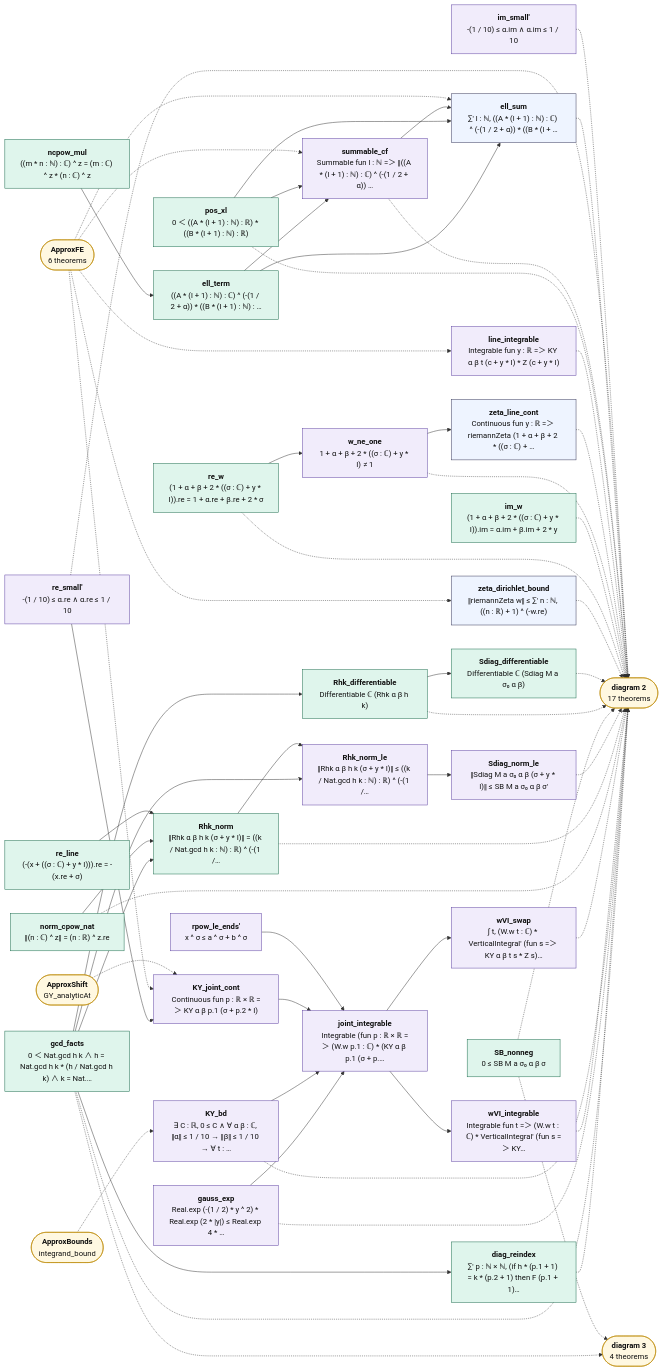
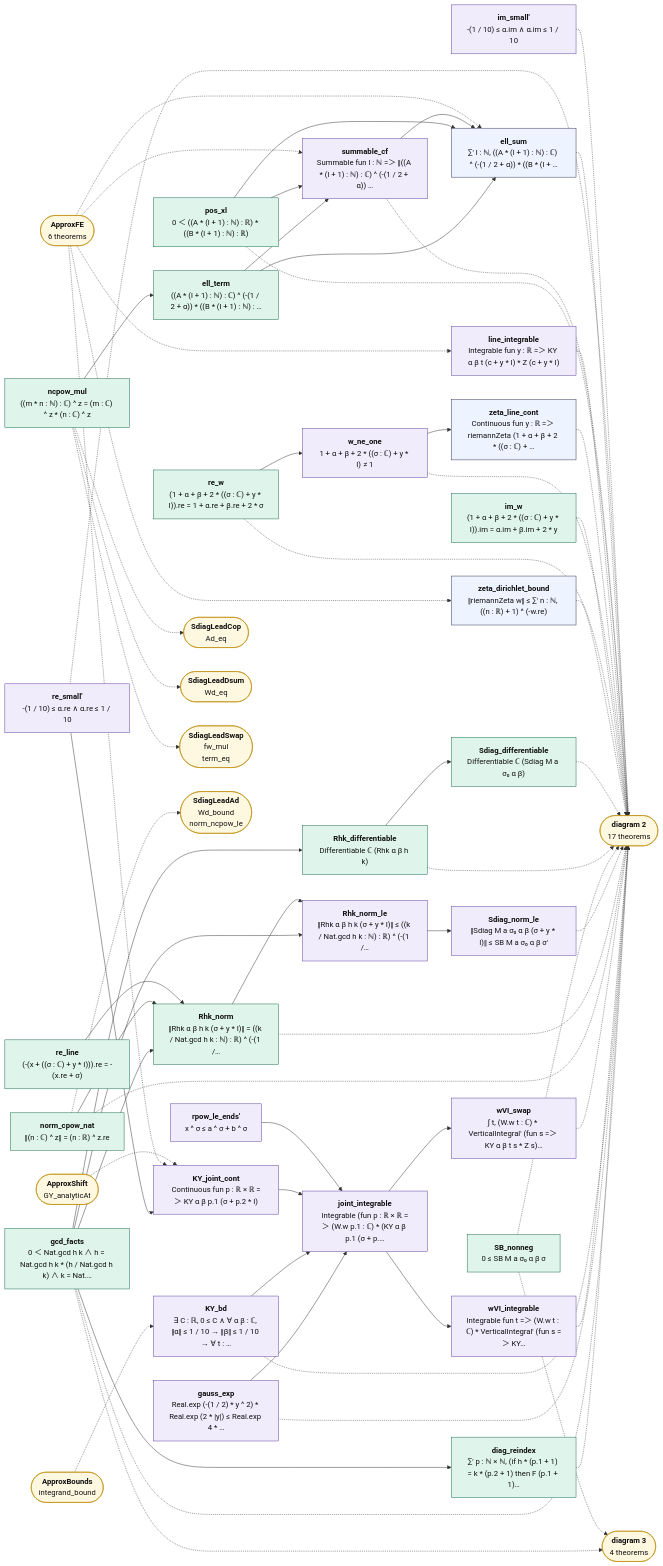
One commit to juliansambranojr/Primebeat_081426 changed the diagram in map/lean_stage3/Diagonal.1.mmd. Above: the diagram before and after it, drawn with Mermaid. The commit also changed 35 other files, not shown here.

```diff
--- a/map/lean_stage3/Diagonal.1.mmd
+++ b/map/lean_stage3/Diagonal.1.mmd
@@ -1,100 +1,108 @@
 flowchart LR
   n0["<b>gcd_facts</b><br/>0 ＜ Nat.gcd h k ∧ h = Nat.gcd h k * (h / Nat.gcd h k) ∧ k = Nat.…"]:::cnt
   n1["<b>diag_reindex</b><br/>∑' p : ℕ × ℕ, (if h * (p.1 + 1) = k * (p.2 + 1) then F (p.1 + 1)…"]:::cnt
   n2["<b>ncpow_mul</b><br/>((m * n : ℕ) : ℂ) ^ z = (m : ℂ) ^ z * (n : ℂ) ^ z"]:::cnt
   n3["<b>ell_term</b><br/>((A * (l + 1) : ℕ) : ℂ) ^ (-(1 / 2 + α)) * ((B * (l + 1) : ℕ) : …"]:::cnt
   n4["<b>pos_xl</b><br/>0 ＜ ((A * (l + 1) : ℕ) : ℝ) * ((B * (l + 1) : ℕ) : ℝ)"]:::cnt
   n5["<b>summable_cf</b><br/>Summable fun l : ℕ =＞ ‖((A * (l + 1) : ℕ) : ℂ) ^ (-(1 / 2 + α)) …"]:::shp
   n6["<b>ell_sum</b><br/>∑' l : ℕ, ((A * (l + 1) : ℕ) : ℂ) ^ (-(1 / 2 + α)) * ((B * (l + …"]:::thm
   n7["<b>re_small'</b><br/>-(1 / 10) ≤ α.re ∧ α.re ≤ 1 / 10"]:::shp
   n8["<b>im_small'</b><br/>-(1 / 10) ≤ α.im ∧ α.im ≤ 1 / 10"]:::shp
   n9["<b>rpow_le_ends'</b><br/>x ^ σ ≤ a ^ σ + b ^ σ"]:::shp
   n10["<b>gauss_exp</b><br/>Real.exp (-(1 / 2) * y ^ 2) * Real.exp (2 * |y|) ≤ Real.exp 4 * …"]:::shp
   n11["<b>KY_bd</b><br/>∃ C : ℝ, 0 ≤ C ∧ ∀ α β : ℂ, ‖α‖ ≤ 1 / 10 → ‖β‖ ≤ 1 / 10 → ∀ t : …"]:::shp
   n12["<b>KY_joint_cont</b><br/>Continuous fun p : ℝ × ℝ =＞ KY α β p.1 (σ + p.2 * I)"]:::shp
   n13["<b>joint_integrable</b><br/>Integrable (fun p : ℝ × ℝ =＞ (W.w p.1 : ℂ) * (KY α β p.1 (σ + p.…"]:::shp
   n14["<b>wVI_integrable</b><br/>Integrable fun t =＞ (W.w t : ℂ) * VerticalIntegral' (fun s =＞ KY…"]:::shp
   n15["<b>wVI_swap</b><br/>∫ t, (W.w t : ℂ) * VerticalIntegral' (fun s =＞ KY α β t s * Z s)…"]:::shp
   n16["<b>norm_cpow_nat</b><br/>‖(n : ℂ) ^ z‖ = (n : ℝ) ^ z.re"]:::cnt
   n17["<b>re_line</b><br/>(-(x + ((σ : ℂ) + y * I))).re = -(x.re + σ)"]:::cnt
   n18["<b>Rhk_norm</b><br/>‖Rhk α β h k (σ + y * I)‖ = ((k / Nat.gcd h k : ℕ) : ℝ) ^ (-(1 /…"]:::cnt
   n19["<b>Rhk_norm_le</b><br/>‖Rhk α β h k (σ + y * I)‖ ≤ ((k / Nat.gcd h k : ℕ) : ℝ) ^ (-(1 /…"]:::shp
   n20["<b>Sdiag_norm_le</b><br/>‖Sdiag M a σ₀ α β (σ + y * I)‖ ≤ SB M a σ₀ α β σ'"]:::shp
   n21["<b>SB_nonneg</b><br/>0 ≤ SB M a σ₀ α β σ"]:::cnt
   n22["<b>Rhk_differentiable</b><br/>Differentiable ℂ (Rhk α β h k)"]:::cnt
   n23["<b>Sdiag_differentiable</b><br/>Differentiable ℂ (Sdiag M a σ₀ α β)"]:::cnt
   n24["<b>zeta_dirichlet_bound</b><br/>‖riemannZeta w‖ ≤ ∑' n : ℕ, ((n : ℝ) + 1) ^ (-w.re)"]:::thm
   n25["<b>re_w</b><br/>(1 + α + β + 2 * ((σ : ℂ) + y * I)).re = 1 + α.re + β.re + 2 * σ"]:::cnt
   n26["<b>im_w</b><br/>(1 + α + β + 2 * ((σ : ℂ) + y * I)).im = α.im + β.im + 2 * y"]:::cnt
   n27["<b>w_ne_one</b><br/>1 + α + β + 2 * ((σ : ℂ) + y * I) ≠ 1"]:::shp
   n28["<b>zeta_line_cont</b><br/>Continuous fun y : ℝ =＞ riemannZeta (1 + α + β + 2 * ((σ : ℂ) + …"]:::thm
   n29["<b>line_integrable</b><br/>Integrable fun y : ℝ =＞ KY α β t (c + y * I) * Z (c + y * I)"]:::shp
   x0(["<b>diagram 3</b><br/>4 theorems"]):::ext
   x1(["<b>diagram 2</b><br/>17 theorems"]):::ext
-  x2(["<b>ApproxFE</b><br/>6 theorems"]):::ext
-  x3(["<b>ApproxBounds</b><br/>integrand_bound"]):::ext
-  x4(["<b>ApproxShift</b><br/>GY_analyticAt"]):::ext
+  x2(["<b>SdiagLeadCop</b><br/>Ad_eq"]):::ext
+  x3(["<b>SdiagLeadDsum</b><br/>Wd_eq"]):::ext
+  x4(["<b>SdiagLeadSwap</b><br/>fw_mul<br/>term_eq"]):::ext
+  x5(["<b>ApproxFE</b><br/>6 theorems"]):::ext
+  x6(["<b>ApproxBounds</b><br/>integrand_bound"]):::ext
+  x7(["<b>ApproxShift</b><br/>GY_analyticAt"]):::ext
+  x8(["<b>SdiagLeadAd</b><br/>Wd_bound<br/>norm_ncpow_le"]):::ext
   n0 --> n1
   n0 --> n18
   n0 --> n19
   n0 --> n22
   n10 --> n13
   n11 --> n13
   n12 --> n13
   n13 --> n14
   n13 --> n15
   n16 --> n18
   n17 --> n18
   n18 --> n19
   n19 --> n20
   n2 --> n3
   n22 --> n23
   n25 --> n27
   n27 --> n28
   n3 --> n5
   n3 --> n6
   n4 --> n5
   n4 --> n6
   n5 --> n6
   n7 --> n12
   n9 --> n13
   n0 -.-> x0
   n0 -.-> x1
   n1 -.-> x1
   n10 -.-> x1
   n11 -.-> x1
   n14 -.-> x1
   n15 -.-> x1
   n16 -.-> x1
+  n16 -.-> x8
   n18 -.-> x1
+  n2 -.-> x2
+  n2 -.-> x3
+  n2 -.-> x4
   n20 -.-> x1
   n21 -.-> x0
   n21 -.-> x1
   n22 -.-> x1
   n23 -.-> x1
   n24 -.-> x1
   n25 -.-> x1
   n26 -.-> x1
   n27 -.-> x1
   n28 -.-> x1
   n29 -.-> x1
   n4 -.-> x1
   n5 -.-> x1
   n6 -.-> x1
   n7 -.-> x1
   n8 -.-> x1
-  x2 -.-> n12
-  x2 -.-> n24
-  x2 -.-> n29
-  x2 -.-> n5
-  x2 -.-> n6
-  x3 -.-> n11
-  x4 -.-> n12
+  x5 -.-> n12
+  x5 -.-> n24
+  x5 -.-> n29
+  x5 -.-> n5
+  x5 -.-> n6
+  x6 -.-> n11
+  x7 -.-> n12
   classDef cnt fill:#dff5ec,stroke:#17694a,color:#111
   classDef shp fill:#f1ecfb,stroke:#5b3fa0,color:#111
   classDef rh fill:#ffe5e5,stroke:#c22,color:#111,stroke-width:2px
   classDef thm fill:#eef4ff,stroke:#335,color:#111
   classDef end_ fill:#e7f7e7,stroke:#2a7,color:#111,stroke-width:2px
   classDef lone fill:#fff,stroke:#999,color:#111,stroke-dasharray:4 3
   classDef bad fill:#ffe5e5,stroke:#c22,color:#111,stroke-width:2px
   classDef ext fill:#fff8e1,stroke:#b80,color:#111
```
